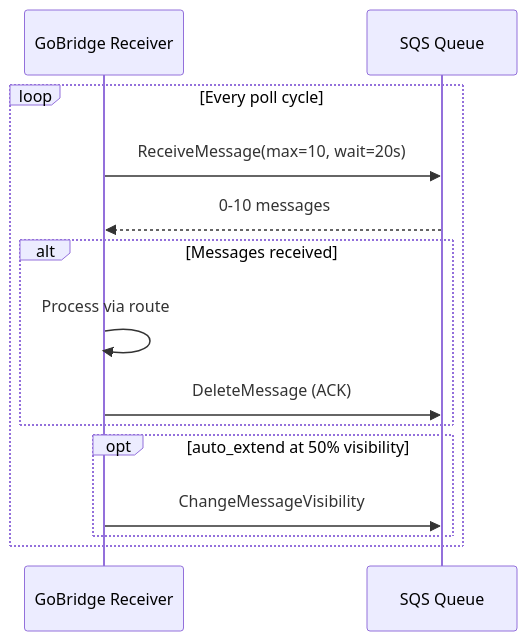
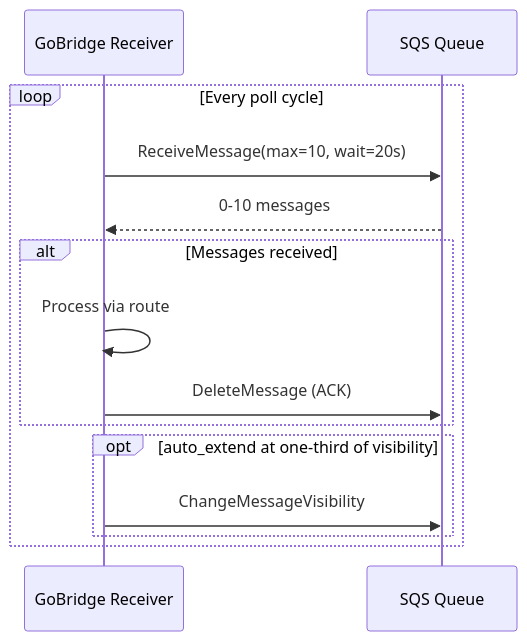
One commit to mariotoffia/gobridge changed the second of 2 diagrams in docs/scenarios/02-sqs-to-sqs.md. Above: the diagram before and after it, drawn with Mermaid. The commit also changed other lines of this file and 214 other files, not shown here.

````diff
--- a/docs/scenarios/02-sqs-to-sqs.md
+++ b/docs/scenarios/02-sqs-to-sqs.md
@@ -87,19 +87,19 @@
 ```mermaid
 sequenceDiagram
     participant Bridge as GoBridge Receiver
     participant SQS as SQS Queue
 
     loop Every poll cycle
         Bridge->>SQS: ReceiveMessage(max=10, wait=20s)
         SQS-->>Bridge: 0-10 messages
 
         alt Messages received
             Bridge->>Bridge: Process via route
             Bridge->>SQS: DeleteMessage (ACK)
         end
 
-        opt auto_extend at 50% visibility
+        opt auto_extend at one-third of visibility
             Bridge->>SQS: ChangeMessageVisibility
         end
     end
 ```
````
